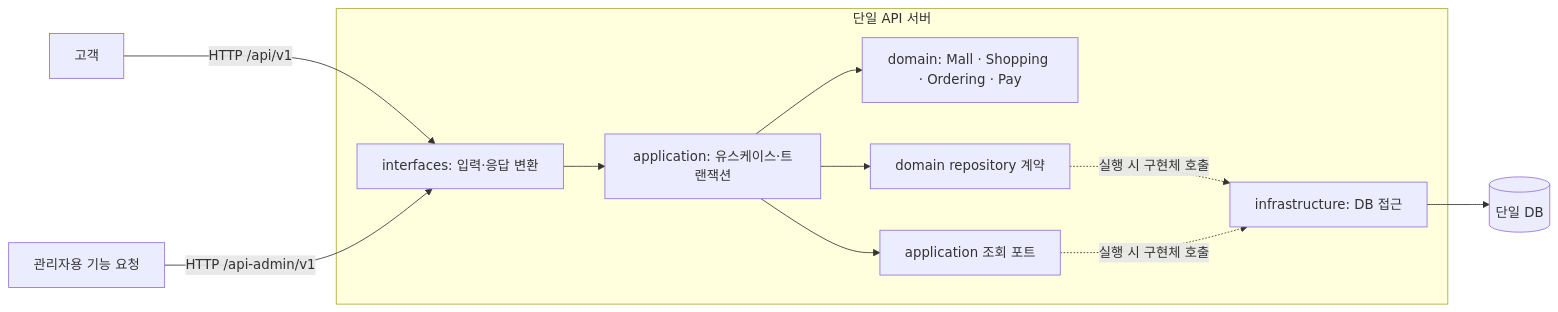
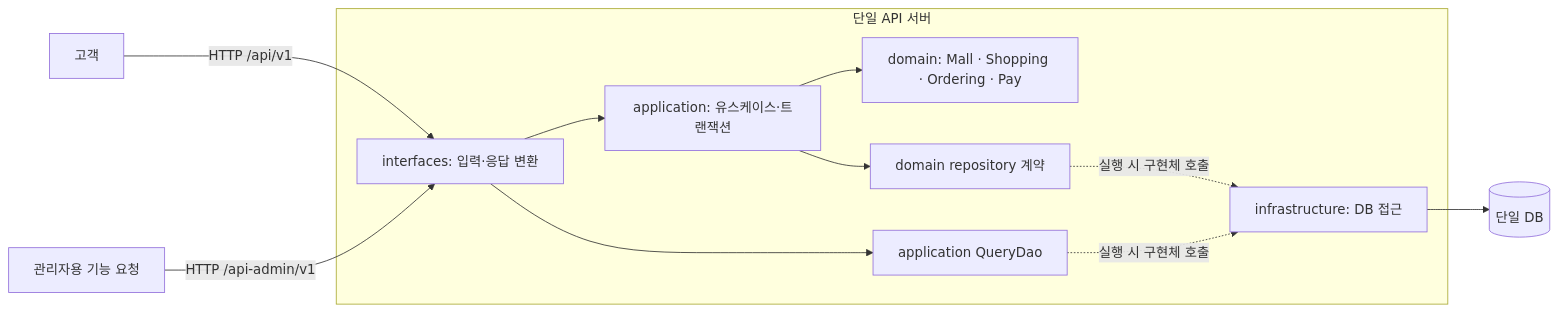
Before and after one commit to corinB/loop-pack-be-l2-vol5-java: the first of 3 diagrams in docs/week2/08-birdseye.md, drawn with Mermaid. The commit also changed other lines of this file and 12 other files, not shown here.

````diff
--- a/docs/week2/08-birdseye.md
+++ b/docs/week2/08-birdseye.md
@@ -8,14 +8,14 @@
 ```mermaid
 flowchart LR
     C[고객] -->|HTTP /api/v1| I
     A[관리자용 기능 요청] -->|HTTP /api-admin/v1| I
     subgraph API[단일 API 서버]
         I[interfaces: 입력·응답 변환] --> APP[application: 유스케이스·트랜잭션]
         APP --> D[domain: Mall · Shopping · Ordering · Pay]
         APP --> PORT[domain repository 계약]
-        APP --> Q[application 조회 포트]
+        I --> Q[application QueryDao]
         PORT -.->|실행 시 구현체 호출| INF[infrastructure: DB 접근]
         Q -.->|실행 시 구현체 호출| INF
     end
     INF --> DB[(단일 DB)]
 ```
````
